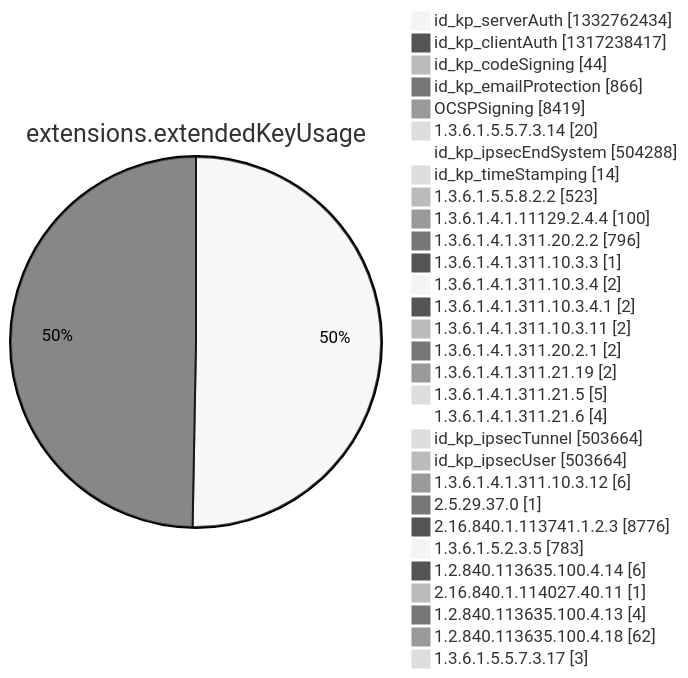
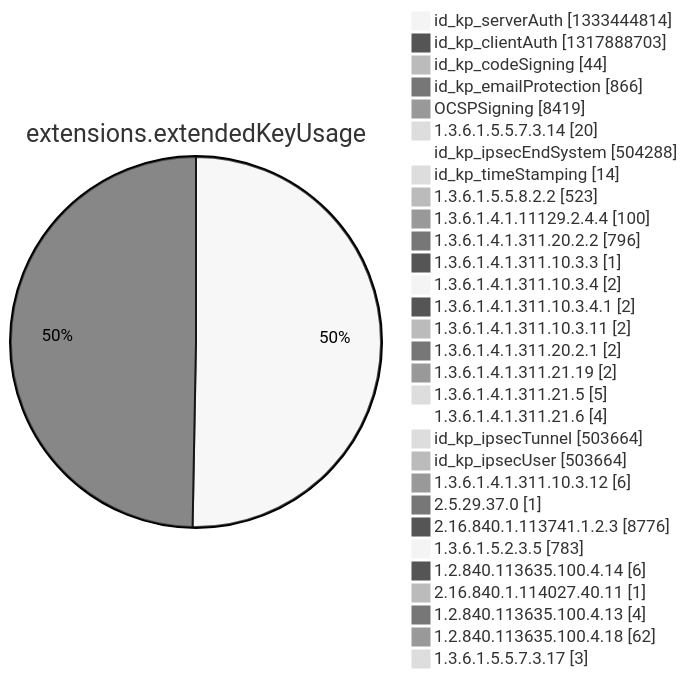
Before and after one commit to christiankrug/ctmonitor_visualization: diagram 12 of 15 in argon2022/README.md, drawn with Mermaid (neutral theme). The commit also changed other lines of this file, not shown here.

````diff
--- a/argon2022/README.md
+++ b/argon2022/README.md
@@ -3553,34 +3553,34 @@
 ```mermaid
 pie showData
 title extensions.extendedKeyUsage
-"id_kp_serverAuth" :1332762434
-"id_kp_clientAuth" :1317238417
+"id_kp_serverAuth" :1333444814
+"id_kp_clientAuth" :1317888703
 "id_kp_codeSigning" :44
 "id_kp_emailProtection" :866
 "OCSPSigning" :8419
 "1.3.6.1.5.5.7.3.14" :20
 "id_kp_ipsecEndSystem" :504288
 "id_kp_timeStamping" :14
 "1.3.6.1.5.5.8.2.2" :523
 "1.3.6.1.4.1.11129.2.4.4" :100
 "1.3.6.1.4.1.311.20.2.2" :796
 "1.3.6.1.4.1.311.10.3.3" :1
 "1.3.6.1.4.1.311.10.3.4" :2
 "1.3.6.1.4.1.311.10.3.4.1" :2
 "1.3.6.1.4.1.311.10.3.11" :2
 "1.3.6.1.4.1.311.20.2.1" :2
 "1.3.6.1.4.1.311.21.19" :2
 "1.3.6.1.4.1.311.21.5" :5
 "1.3.6.1.4.1.311.21.6" :4
 "id_kp_ipsecTunnel" :503664
 "id_kp_ipsecUser" :503664
 "1.3.6.1.4.1.311.10.3.12" :6
 "2.5.29.37.0" :1
 "2.16.840.1.113741.1.2.3" :8776
 "1.3.6.1.5.2.3.5" :783
 "1.2.840.113635.100.4.14" :6
 "2.16.840.1.114027.40.11" :1
 "1.2.840.113635.100.4.13" :4
 "1.2.840.113635.100.4.18" :62
 "1.3.6.1.5.5.7.3.17" :3
 ```
````
